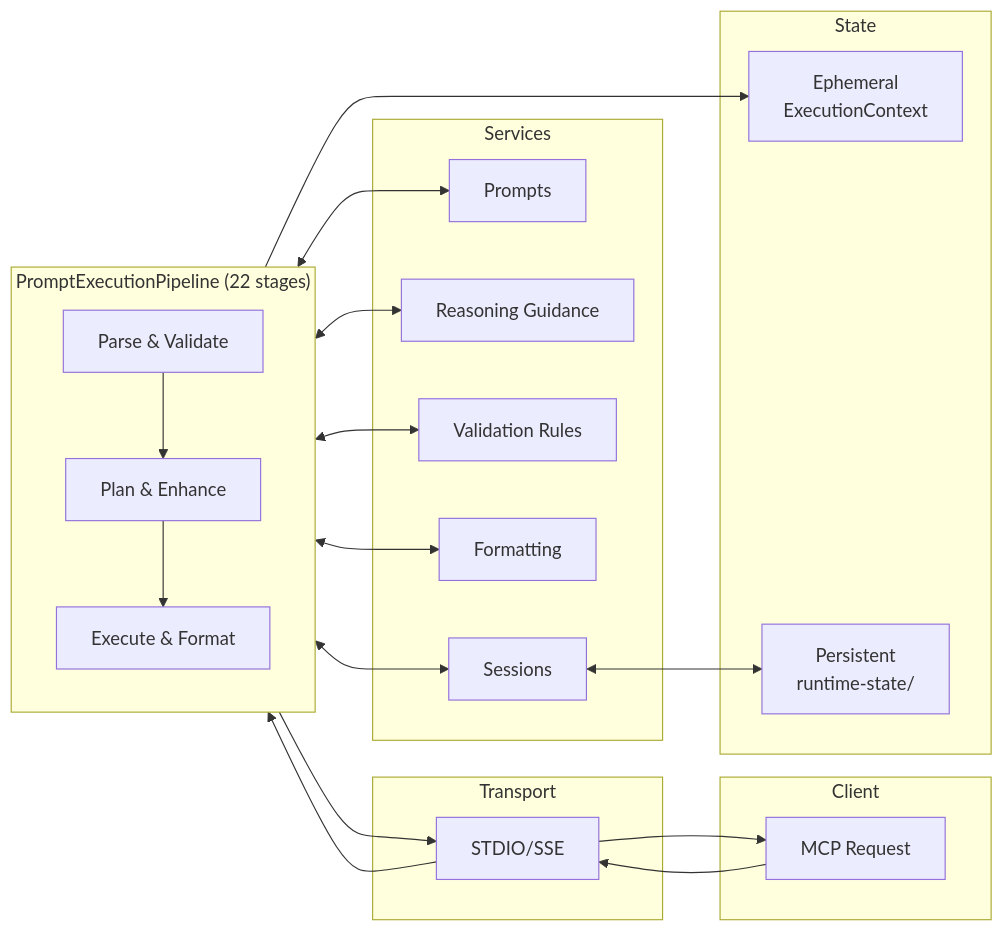
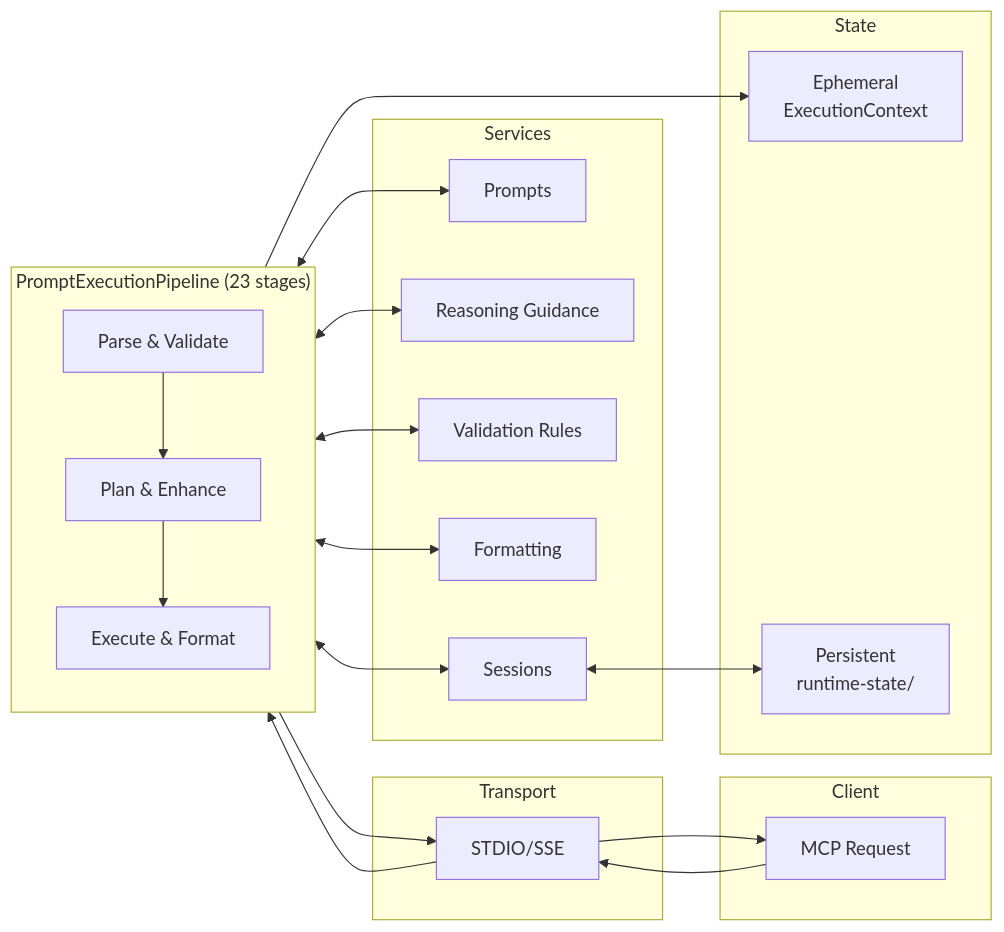
Before and after one commit to minipuft/claude-prompts: the first of 2 diagrams in docs/architecture/overview.md, drawn with Mermaid. The commit also changed other lines of this file and 36 other files, not shown here.

````diff
--- a/docs/architecture/overview.md
+++ b/docs/architecture/overview.md
@@ -26,37 +26,37 @@
 ```mermaid
 flowchart LR
     subgraph Client
         A[MCP Request]
     end
 
     subgraph Transport
         B[STDIO/SSE]
     end
 
-    subgraph Pipeline["PromptExecutionPipeline (22 stages)"]
+    subgraph Pipeline["PromptExecutionPipeline (23 stages)"]
         direction TB
         C1[Parse & Validate]
         C2[Plan & Enhance]
         C3[Execute & Format]
     end
 
     subgraph Services
         D1[Prompts]
         D2[Reasoning Guidance]
         D3[Validation Rules]
         D4[Formatting]
         D5[Sessions]
     end
 
     subgraph State
         E1[Ephemeral<br/>ExecutionContext]
         E2[Persistent<br/>runtime-state/]
     end
 
     A --> B --> Pipeline
     C1 --> C2 --> C3
     Pipeline <--> D1 & D2 & D3 & D4 & D5
     D5 <--> E2
     Pipeline --> E1
     C3 --> B --> A
 ```
````
